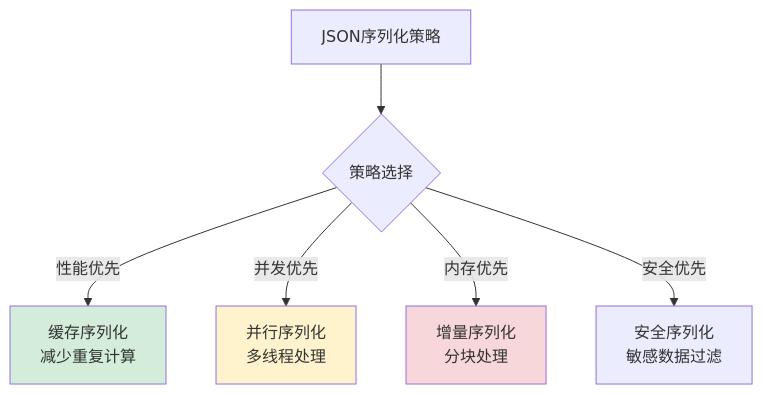
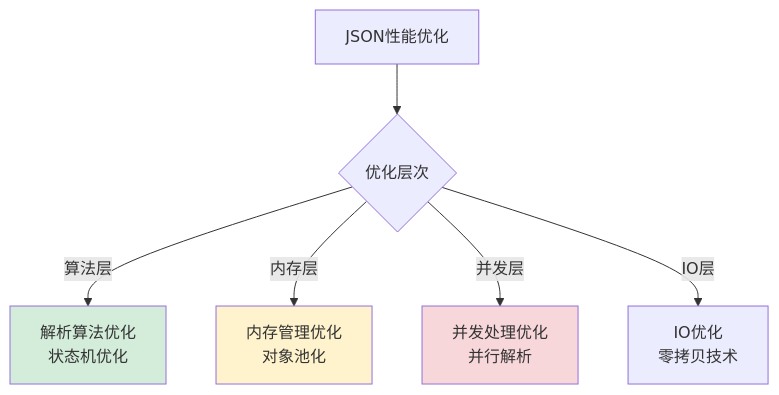
Before and after one commit to chongyang211/YCBookBlog: diagram 12 of 25 in 00.通用技术的提升/02.程序编程原理/05.序列化数据的思想.md, drawn with Mermaid. The commit also changed other lines of this file and 17 other files, not shown here.

````diff
--- a/00.通用技术的提升/02.程序编程原理/05.序列化数据的思想.md
+++ b/00.通用技术的提升/02.程序编程原理/05.序列化数据的思想.md
@@ -564,12 +542,12 @@
 ```mermaid
 graph TB
-    A[JSON序列化策略] --> B{策略选择}
-    B -->|性能优先| C[缓存序列化<br/>减少重复计算]
-    B -->|并发优先| D[并行序列化<br/>多线程处理]
-    B -->|内存优先| E[增量序列化<br/>分块处理]
-    B -->|安全优先| F[安全序列化<br/>敏感数据过滤]
+    A[JSON性能优化] --> B{优化层次}
+    B -->|算法层| C[解析算法优化<br/>状态机优化]
+    B -->|内存层| D[内存管理优化<br/>对象池化]
+    B -->|并发层| E[并发处理优化<br/>并行解析]
+    B -->|IO层| F[IO优化<br/>零拷贝技术]
     
     style C fill:#d4edda
     style D fill:#fff3cd
     style E fill:#f8d7da
 ```
````
